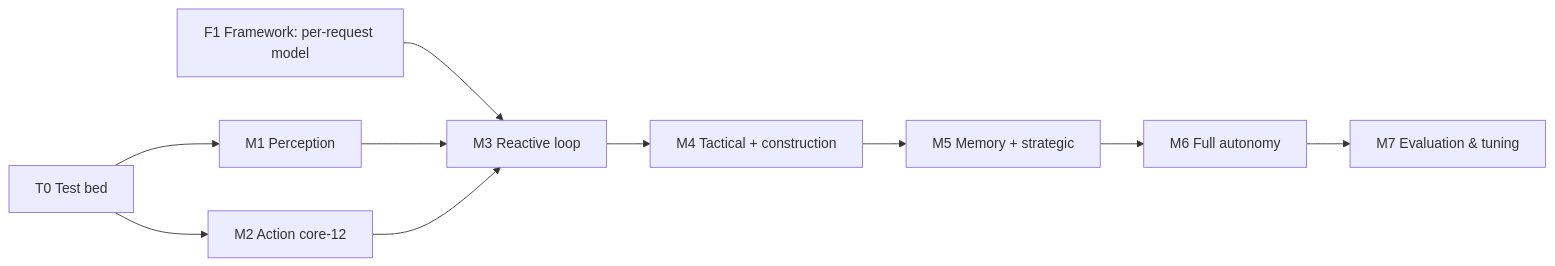
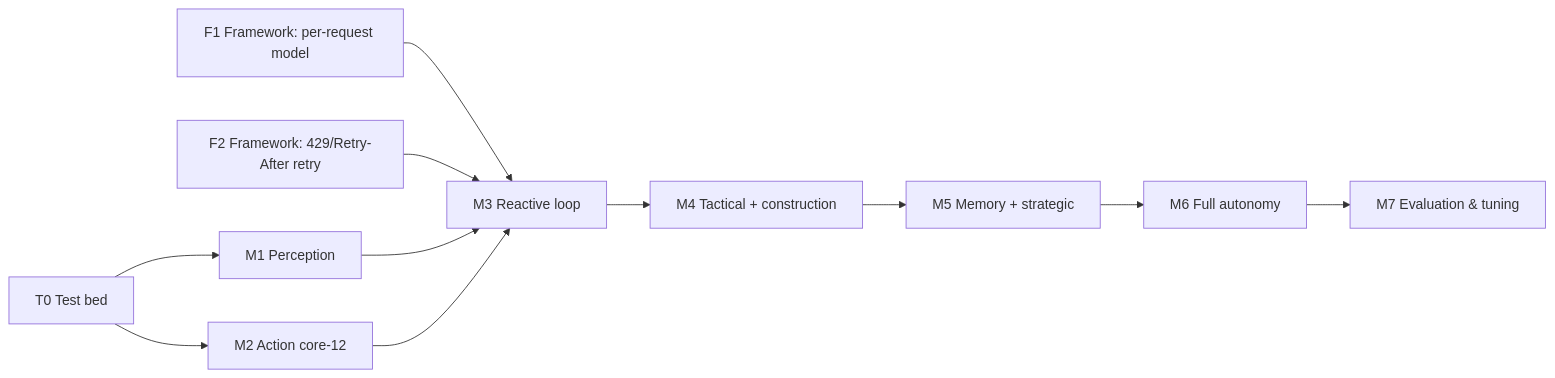
The diagram in docs/plan/07-ROADMAP-autonomous-play.md (bizkut/Rimworld_AI_Framework), drawn with Mermaid before and after one commit. The commit also changed other lines of this file, not shown here.

Commit message:
docs: add F2 to roadmap graph and beads backlog

````diff
--- a/docs/plan/07-ROADMAP-autonomous-play.md
+++ b/docs/plan/07-ROADMAP-autonomous-play.md
@@ -22,12 +22,13 @@
 ```mermaid
 graph LR
   T0[T0 Test bed] --> M1[M1 Perception]
   T0 --> M2[M2 Action core-12]
   F1[F1 Framework: per-request model] --> M3
+  F2[F2 Framework: 429/Retry-After retry] --> M3
   M1 --> M3[M3 Reactive loop]
   M2 --> M3
   M3 --> M4[M4 Tactical + construction]
   M4 --> M5[M5 Memory + strategic]
   M5 --> M6[M6 Full autonomy]
   M6 --> M7[M7 Evaluation & tuning]
 ```
````
